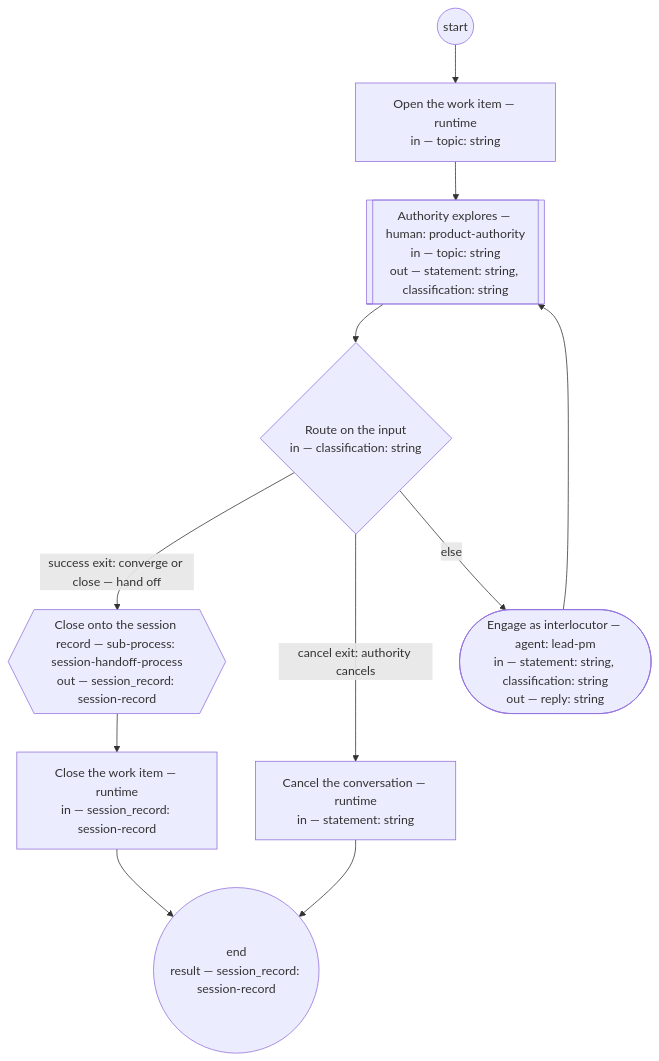
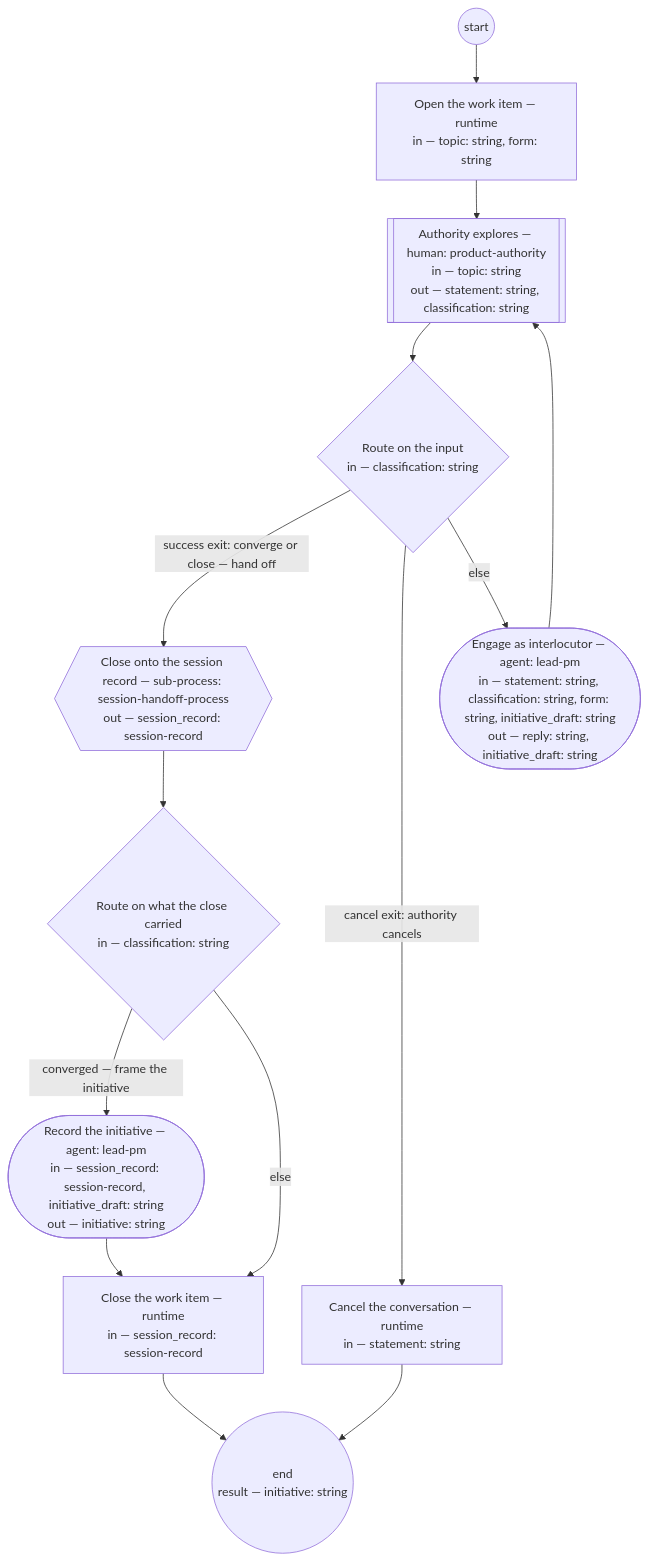
The diagram in basis/processes/discovery-conversation.md (dstengle/shopsystem-product), drawn with Mermaid before and after one commit. The commit also changed other lines of this file and 8 other files, not shown here.

````diff
--- a/basis/processes/discovery-conversation.md
+++ b/basis/processes/discovery-conversation.md
@@ -49,21 +57,26 @@
 ```mermaid
 flowchart TD
-  open["Open the work item — runtime<br/>in — topic: string"]
+  open["Open the work item — runtime<br/>in — topic: string, form: string"]
   observe[["Authority explores — human: product-authority<br/>in — topic: string<br/>out — statement: string, classification: string"]]
   route{"Route on the input<br/>in — classification: string"}
-  engage(["Engage as interlocutor — agent: lead-pm<br/>in — statement: string, classification: string<br/>out — reply: string"])
+  engage(["Engage as interlocutor — agent: lead-pm<br/>in — statement: string, classification: string, form: string, initiative_draft: string<br/>out — reply: string, initiative_draft: string"])
   handoff{{"Close onto the session record — sub-process: session-handoff-process<br/>out — session_record: session-record"}}
+  route_frame{"Route on what the close carried<br/>in — classification: string"}
+  frame(["Record the initiative — agent: lead-pm<br/>in — session_record: session-record, initiative_draft: string<br/>out — initiative: string"])
   close_out["Close the work item — runtime<br/>in — session_record: session-record"]
   cancel_out["Cancel the conversation — runtime<br/>in — statement: string"]
-  __end(("end<br/>result — session_record: session-record"))
+  __end(("end<br/>result — initiative: string"))
   __start(("start")) --> open
   open --> observe
   observe --> route
   route -->|success exit: converge or close — hand off| handoff
   route -->|cancel exit: authority cancels| cancel_out
   route -->|else| engage
   engage --> observe
-  handoff --> close_out
+  handoff --> route_frame
+  route_frame -->|converged — frame the initiative| frame
+  route_frame -->|else| close_out
+  frame --> close_out
   close_out --> __end
   cancel_out --> __end
 ```
````
